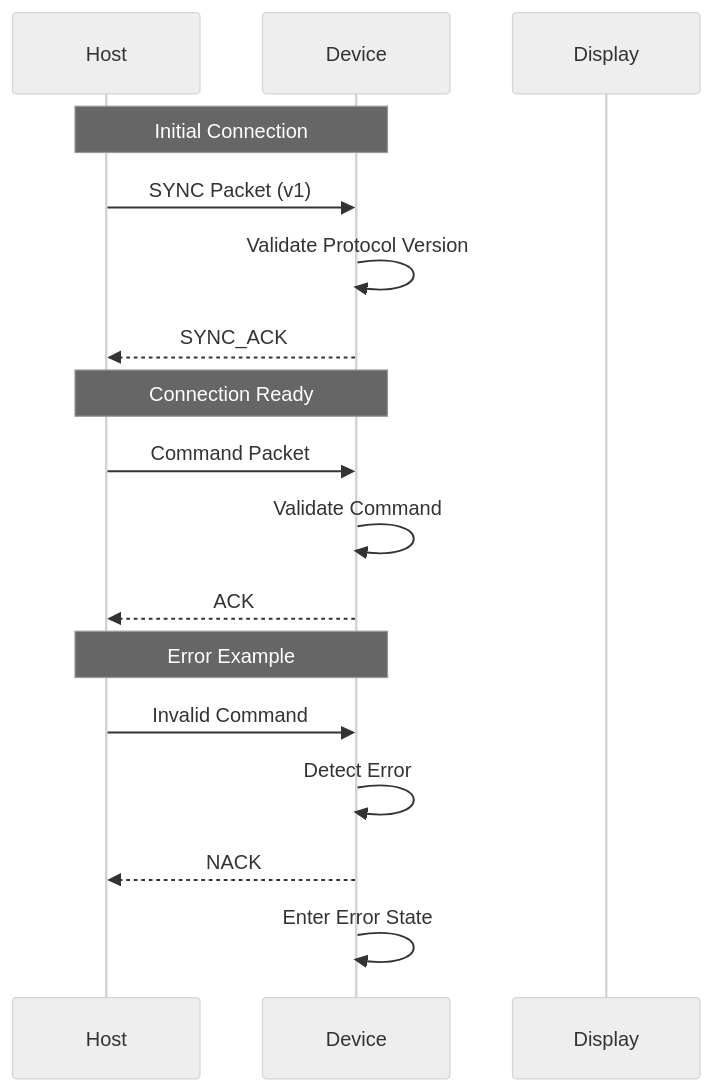
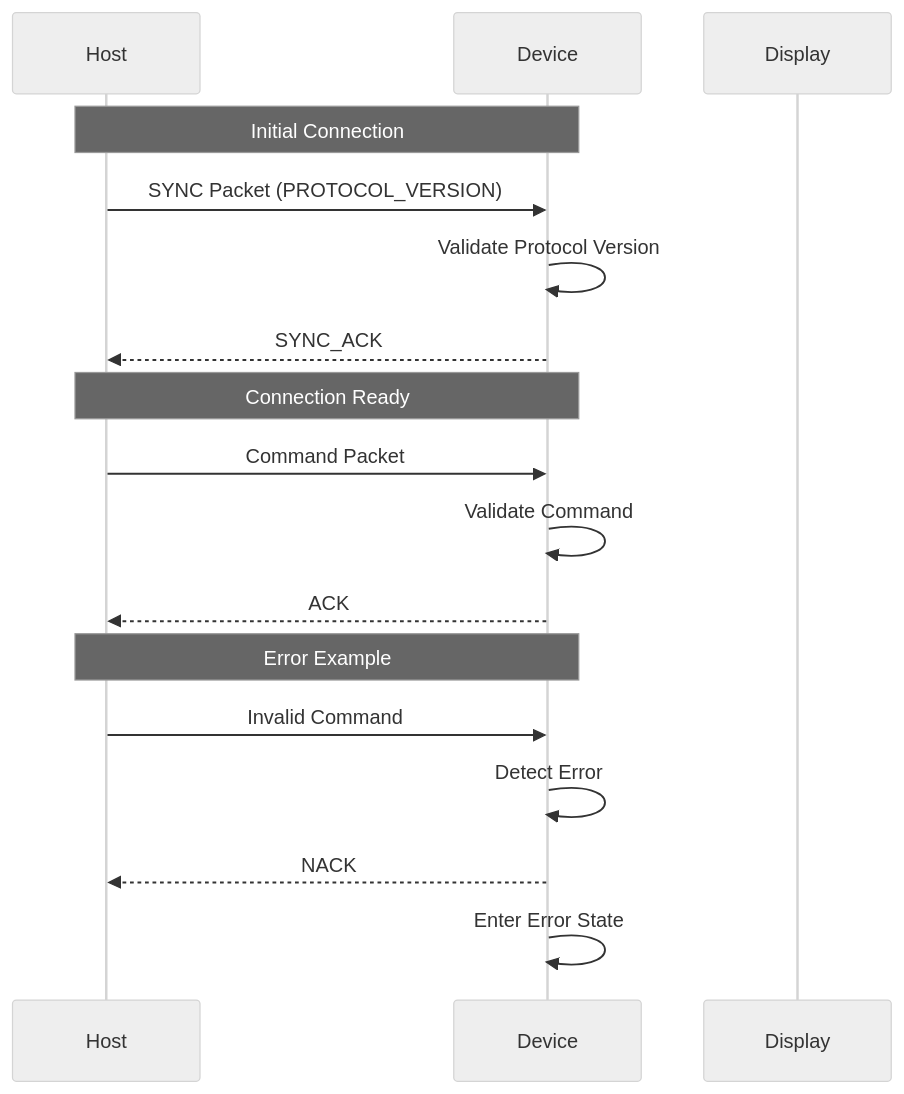
Before and after one commit to nemofoo/deskthang: the first of 3 diagrams in docs/protocol_transitions.md, drawn with Mermaid (neutral theme). The commit also changed other lines of this file and 29 other files, not shown here.

````diff
--- a/docs/protocol_transitions.md
+++ b/docs/protocol_transitions.md
@@ -7,22 +9,22 @@
 ```mermaid
 sequenceDiagram
     participant Host
     participant Device
     participant Display
     
     Note over Host,Device: Initial Connection
-    Host->>Device: SYNC Packet (v1)
+    Host->>Device: SYNC Packet (PROTOCOL_VERSION)
     Device->>Device: Validate Protocol Version
     Device-->>Host: SYNC_ACK
     
     Note over Host,Device: Connection Ready
     Host->>Device: Command Packet
     Device->>Device: Validate Command
     Device-->>Host: ACK
     
     Note over Host,Device: Error Example
     Host->>Device: Invalid Command
     Device->>Device: Detect Error
     Device-->>Host: NACK
     Device->>Device: Enter Error State
 ```
````
